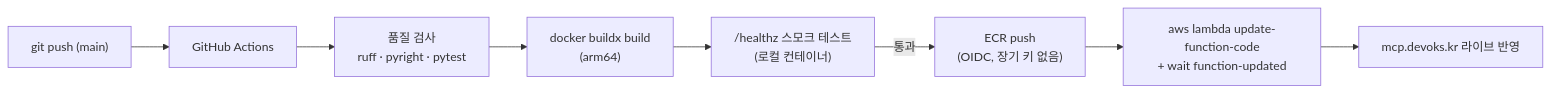
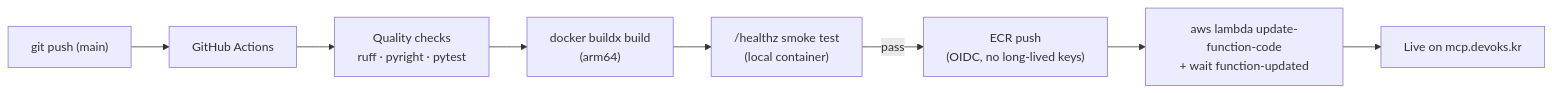
The second of 2 diagrams in README.md (ridsync/devoks-mcp-servers), drawn with Mermaid before and after one commit. The commit also changed other lines of this file and 1 other file, not shown here.

````diff
--- a/README.md
+++ b/README.md
@@ -138,10 +141,10 @@
 ```mermaid
 flowchart LR
     Push["git push (main)"] --> CI["GitHub Actions"]
-    CI --> Q["품질 검사<br/>ruff · pyright · pytest"]
+    CI --> Q["Quality checks<br/>ruff · pyright · pytest"]
     Q --> B["docker buildx build<br/>(arm64)"]
-    B --> S["/healthz 스모크 테스트<br/>(로컬 컨테이너)"]
-    S -->|통과| ECR["ECR push<br/>(OIDC, 장기 키 없음)"]
+    B --> S["/healthz smoke test<br/>(local container)"]
+    S -->|pass| ECR["ECR push<br/>(OIDC, no long-lived keys)"]
     ECR --> U["aws lambda update-function-code<br/>+ wait function-updated"]
-    U --> Live["mcp.devoks.kr 라이브 반영"]
+    U --> Live["Live on mcp.devoks.kr"]
 ```
````
